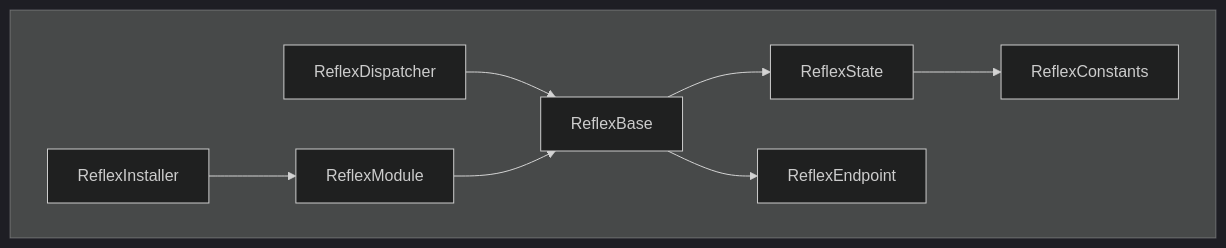
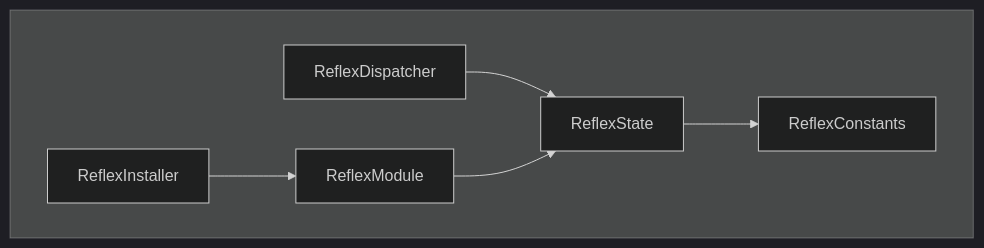
Before and after one commit to chromaxyz/reflex: the diagram in README.md, drawn with Mermaid (dark theme). The commit also changed other lines of this file and 2 other files, not shown here.

````diff
--- a/README.md
+++ b/README.md
@@ -87,12 +88,10 @@
 ```mermaid
 graph TD
     subgraph Reflex [ ]
 
     ReflexInstaller --> ReflexModule
-    ReflexDispatcher --> ReflexBase
-    ReflexModule --> ReflexBase
-    ReflexBase --> ReflexState
-    ReflexBase --> ReflexEndpoint
+    ReflexDispatcher --> ReflexState
+    ReflexModule --> ReflexState
     ReflexState --> ReflexConstants
     end
 ```
````
